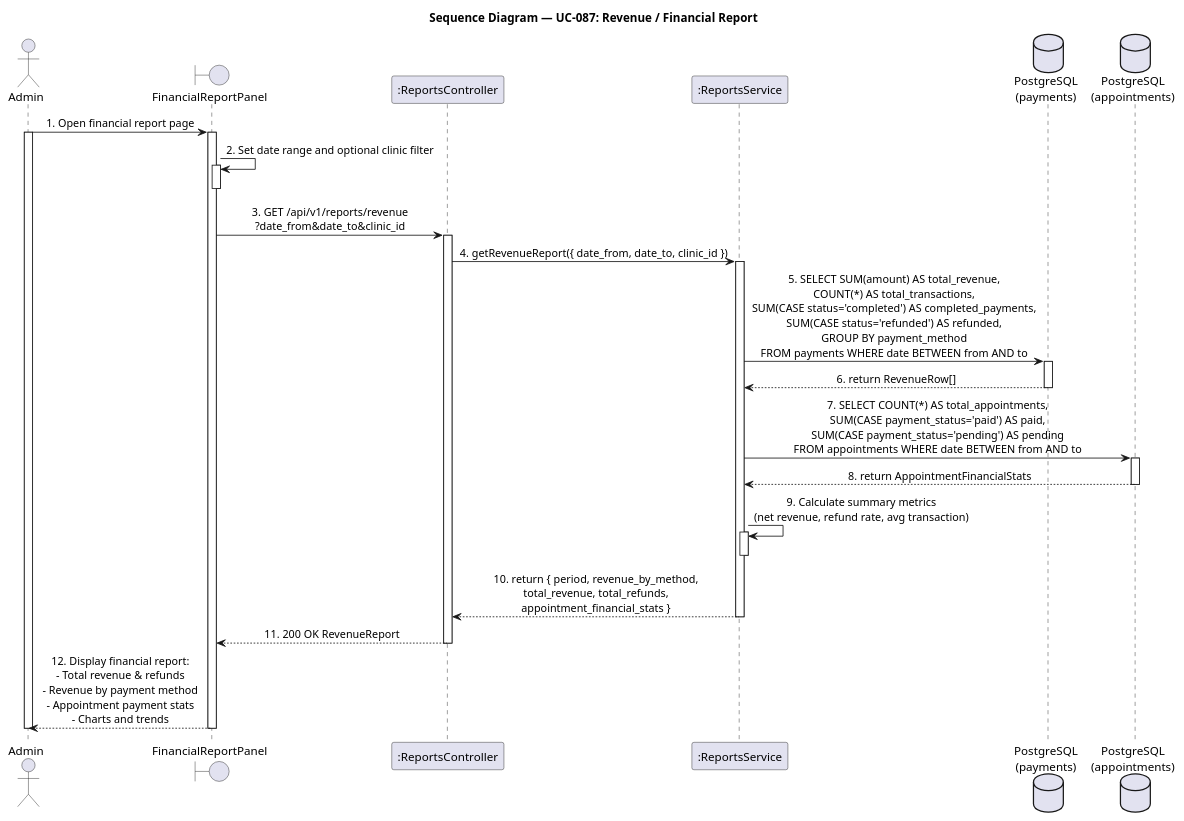
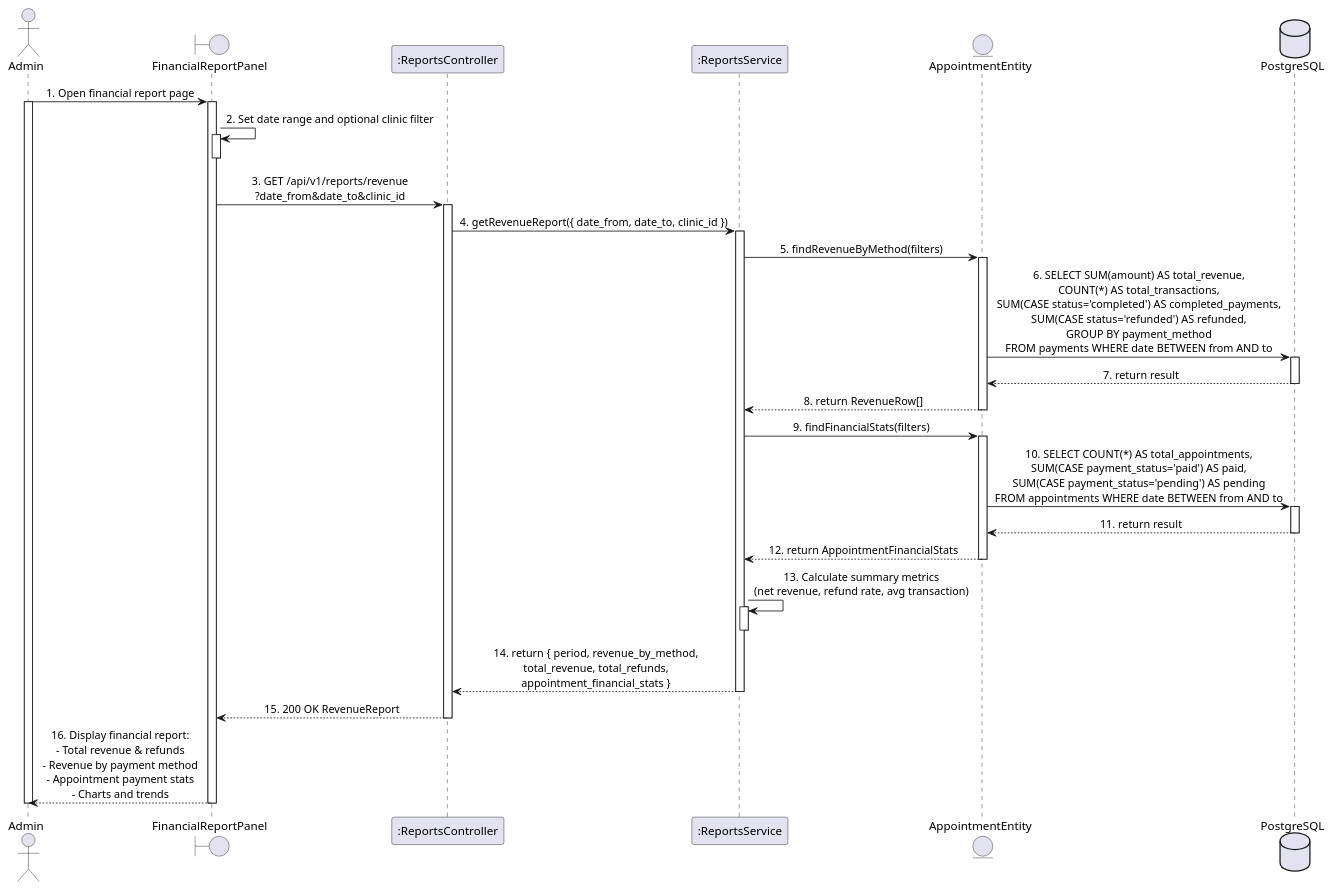
The diagram in docs/sequence-diagram/UC87_RevenueFinancialReport.puml (LTPPPP/Smart-Medical-Intelligent-Ledger-for-E-health-S.M.I.L.E-), drawn with PlantUML before and after one commit. The commit also changed 114 other files, not shown here.

Commit message:
feat: complete class,sequence

```diff
--- a/docs/sequence-diagram/UC87_RevenueFinancialReport.puml
+++ b/docs/sequence-diagram/UC87_RevenueFinancialReport.puml
@@ -1,53 +1,58 @@
 @startuml SequenceDiagram
 skinparam shadowing false
 skinparam sequenceMessageAlign center
-
-title Sequence Diagram — UC-087: Revenue / Financial Report
-
 actor "Admin" as user
 boundary "FinancialReportPanel" as form
 participant ":ReportsController" as ctrl
 participant ":ReportsService" as rptSvc
-database "PostgreSQL\n(payments)" as payDb
-database "PostgreSQL\n(appointments)" as aptDb
+entity "AppointmentEntity" as aptEntity
+database "PostgreSQL" as db
 
 user -> form : 1. Open financial report page
 activate user
 activate form
 
 form -> form : 2. Set date range and optional clinic filter
 activate form
 deactivate form
 
 form -> ctrl : 3. GET /api/v1/reports/revenue\n?date_from&date_to&clinic_id
 activate ctrl
 
 ctrl -> rptSvc : 4. getRevenueReport({ date_from, date_to, clinic_id })
 activate rptSvc
 
-rptSvc -> payDb : 5. SELECT SUM(amount) AS total_revenue,\nCOUNT(*) AS total_transactions,\nSUM(CASE status='completed') AS completed_payments,\nSUM(CASE status='refunded') AS refunded,\nGROUP BY payment_method\nFROM payments WHERE date BETWEEN from AND to
-activate payDb
-payDb --> rptSvc : 6. return RevenueRow[]
-deactivate payDb
+rptSvc -> aptEntity : 5. findRevenueByMethod(filters)
+activate aptEntity
+aptEntity -> db : 6. SELECT SUM(amount) AS total_revenue,\nCOUNT(*) AS total_transactions,\nSUM(CASE status='completed') AS completed_payments,\nSUM(CASE status='refunded') AS refunded,\nGROUP BY payment_method\nFROM payments WHERE date BETWEEN from AND to
+activate db
+db --> aptEntity : 7. return result
+deactivate db
+aptEntity --> rptSvc : 8. return RevenueRow[]
+deactivate aptEntity
 
-rptSvc -> aptDb : 7. SELECT COUNT(*) AS total_appointments,\nSUM(CASE payment_status='paid') AS paid,\nSUM(CASE payment_status='pending') AS pending\nFROM appointments WHERE date BETWEEN from AND to
-activate aptDb
-aptDb --> rptSvc : 8. return AppointmentFinancialStats
-deactivate aptDb
+rptSvc -> aptEntity : 9. findFinancialStats(filters)
+activate aptEntity
+aptEntity -> db : 10. SELECT COUNT(*) AS total_appointments,\nSUM(CASE payment_status='paid') AS paid,\nSUM(CASE payment_status='pending') AS pending\nFROM appointments WHERE date BETWEEN from AND to
+activate db
+db --> aptEntity : 11. return result
+deactivate db
+aptEntity --> rptSvc : 12. return AppointmentFinancialStats
+deactivate aptEntity
 
-rptSvc -> rptSvc : 9. Calculate summary metrics\n(net revenue, refund rate, avg transaction)
+rptSvc -> rptSvc : 13. Calculate summary metrics\n(net revenue, refund rate, avg transaction)
 activate rptSvc
 deactivate rptSvc
 
-rptSvc --> ctrl : 10. return { period, revenue_by_method,\ntotal_revenue, total_refunds,\nappointment_financial_stats }
+rptSvc --> ctrl : 14. return { period, revenue_by_method,\ntotal_revenue, total_refunds,\nappointment_financial_stats }
 deactivate rptSvc
 
-ctrl --> form : 11. 200 OK RevenueReport
+ctrl --> form : 15. 200 OK RevenueReport
 deactivate ctrl
 
-form --> user : 12. Display financial report:\n- Total revenue & refunds\n- Revenue by payment method\n- Appointment payment stats\n- Charts and trends
+form --> user : 16. Display financial report:\n- Total revenue & refunds\n- Revenue by payment method\n- Appointment payment stats\n- Charts and trends
 deactivate form
 
 deactivate user
 
 @enduml
```
